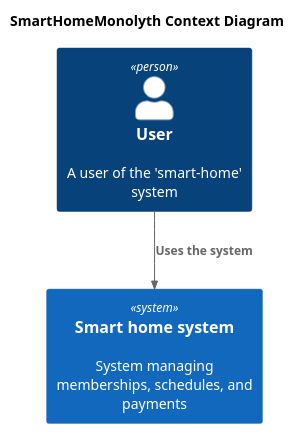
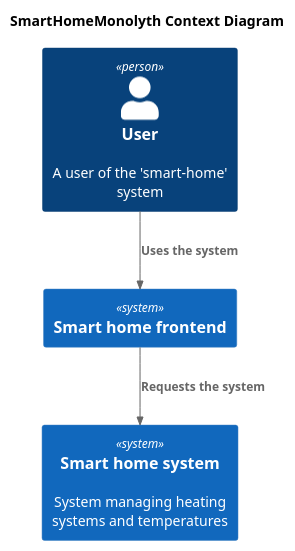
The diagram in smart-home-monolith/src/main/resources/uml/Context_monolyth.puml (yauheni-taranau/architecture-sprint-3), drawn with PlantUML before and after one commit.

```diff
--- a/smart-home-monolith/src/main/resources/uml/Context_monolyth.puml
+++ b/smart-home-monolith/src/main/resources/uml/Context_monolyth.puml
@@ -1,12 +1,14 @@
 @startuml
 title SmartHomeMonolyth Context Diagram
 
 top to bottom direction
 
 !includeurl https://raw.githubusercontent.com/RicardoNiepel/C4-PlantUML/master/C4_Component.puml
 
 Person(user, "User", "A user of the 'smart-home' system")
-System(SmartHomeMonolyth, "Smart home system", "System managing memberships, schedules, and payments")
+System(SmartHomeFrontend, "Smart home frontend")
+System(SmartHomeMonolyth, "Smart home system", "System managing heating systems and temperatures")
 
-Rel(user, SmartHomeMonolyth, "Uses the system")
+Rel(user, SmartHomeFrontend, "Uses the system")
+Rel(SmartHomeFrontend, SmartHomeMonolyth, "Requests the system")
 @enduml
```
